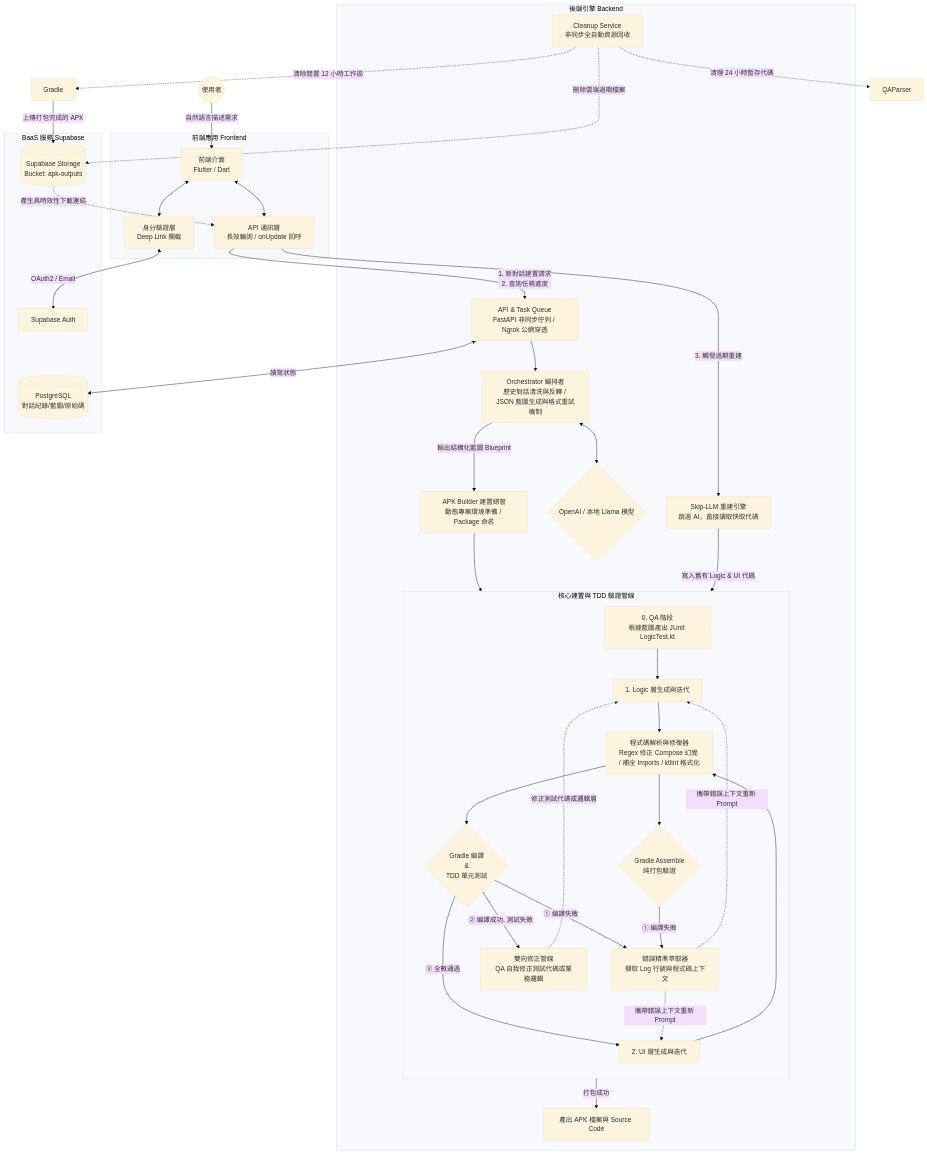
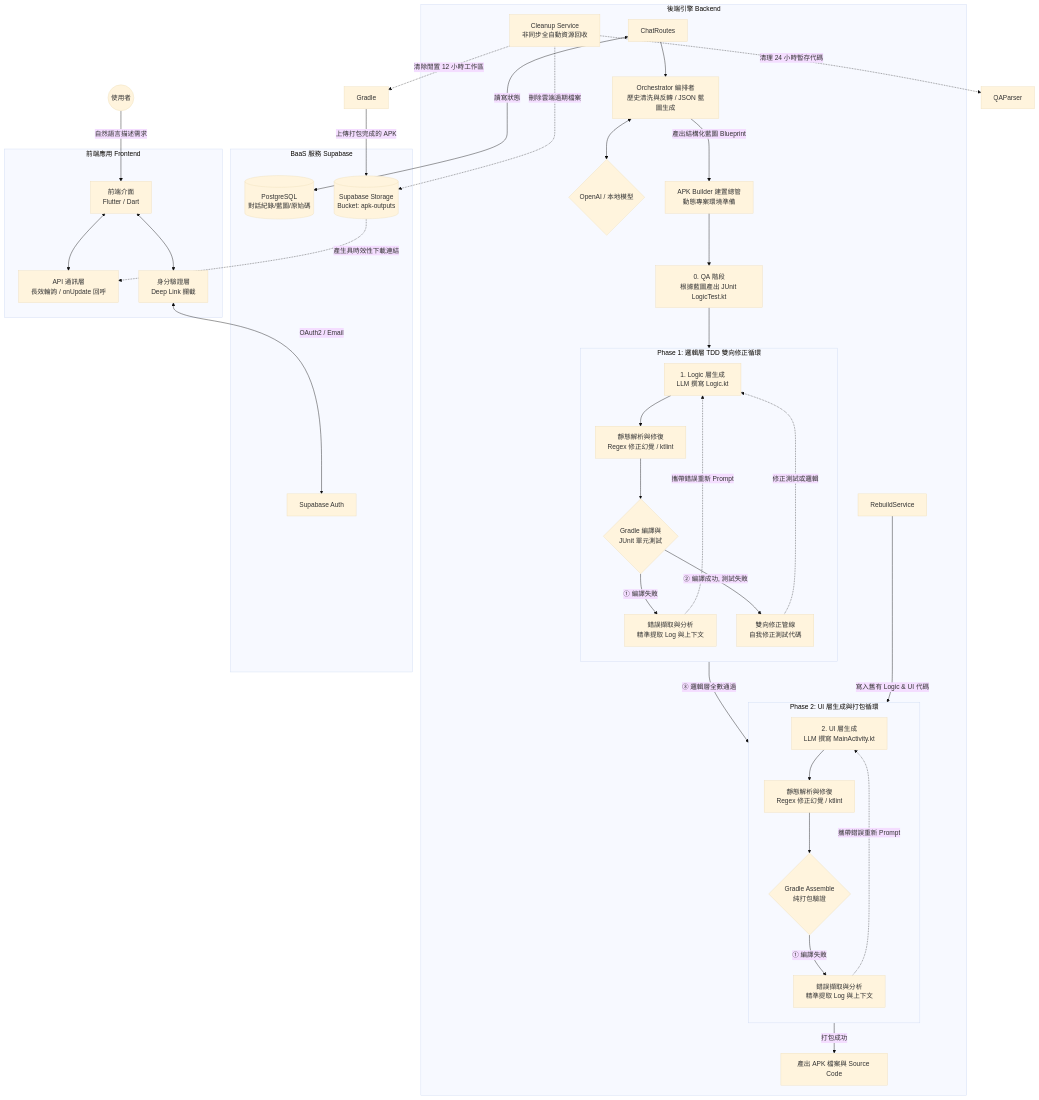
Before and after one commit to defineint/APK-Builder-Demo: the diagram in Architecture.md, drawn with Mermaid (base theme).

```diff
--- a/Architecture.md
+++ b/Architecture.md
@@ -15,52 +15,49 @@
         FlutterUI <--> Auth_Layer
     end
 
-	%% === 後端 API 與任務路由 ===
-    API_Layer -->|1. 新對話建置請求<br>2. 查詢任務進度| ChatRoutes[API & Task Queue<br>FastAPI 非同步佇列 / Ngrok 公網穿透]
-    API_Layer -->|3. 觸發過期重建| RebuildService[Skip-LLM 重建引擎<br>跳過 AI，直接讀取快取代碼]
-
-    %% === 後端核心系統 ===
+	%% === 後端核心系統 ===
     subgraph Backend [後端引擎 Backend]
         
-        %% 編排層
-        ChatRoutes --> Orchestrator[Orchestrator 編排者<br>歷史對話清洗與反轉 / JSON 藍圖生成與格式重試機制]
-        Orchestrator <--> LLM{OpenAI / 本地 Llama 模型}
+        ChatRoutes --> Orchestrator[Orchestrator 編排者<br>歷史清洗與反轉 / JSON 藍圖生成]
+        Orchestrator <--> LLM_Orch{OpenAI / 本地模型}
         
-        Orchestrator -->|輸出結構化藍圖 Blueprint| APKBuilder[APK Builder 建置總管<br>動態專案環境準備 / Package 命名]
+        Orchestrator -->|產出結構化藍圖 Blueprint| APKBuilder[APK Builder 建置總管<br>動態專案環境準備]
 
-        %% 核心建置與 TDD 驗證管線
-        subgraph BuilderPipeline [核心建置與 TDD 驗證管線 ]
+        %% QA 測試生成階段
+        APKBuilder --> Step0_QA[0. QA 階段<br>根據藍圖產出 JUnit LogicTest.kt]
+        
+        %% === Phase 1: 邏輯層 ===
+        subgraph Phase1 [Phase 1: 邏輯層 TDD 雙向修正循環]
             direction TB
+            Logic_LLM[1. Logic 層生成<br>LLM 撰寫 Logic.kt]
+            Logic_Parser[靜態解析與修復<br>Regex 修正幻覺 / ktlint]
+            Logic_Test{Gradle 編譯與<br>JUnit 單元測試}
+            Logic_ErrorExt[錯誤擷取與分析<br>精準提取 Log 與上下文]
+            Logic_FixTest[雙向修正管線<br>自我修正測試代碼]
             
-            Step0_QA[0. QA 階段<br>根據藍圖產出 JUnit LogicTest.kt]
-            
-            Step1_Logic[1. Logic 層生成與迭代]
-            Step1_Parser[程式碼解析與修復器<br>Regex 修正 Compose 幻覺 / 補全 Imports / ktlint 格式化]
-            Step1_Test{Gradle 編譯<br>&<br>TDD 單元測試}
-            
-            Step1_ErrorExt[錯誤精準萃取器<br>擷取 Log 行號與程式碼上下文]
-            Step1_FixTest[雙向修正管線<br>QA 自我修正測試代碼或業務邏輯]
-            
-            Step2_UI[2. UI 層生成與迭代]
-            Step2_Build{Gradle Assemble<br>純打包驗證}
-            
-            %% 邏輯層循環
-            Step0_QA --> Step1_Logic
-            Step1_Logic --> Step1_Parser --> Step1_Test
-            
-            Step1_Test --"① 編譯失敗"--> Step1_ErrorExt -.->|攜帶錯誤上下文重新 Prompt| Step1_Logic
-            Step1_Test --"② 編譯成功, 測試失敗"--> Step1_FixTest -.->|修正測試代碼或邏輯層| Step1_Logic
-            
-            %% UI 層循環
-            Step1_Test --"③ 全數通過"--> Step2_UI
-            Step2_UI --> Step1_Parser --> Step2_Build
-            Step2_Build --"① 編譯失敗"--> Step1_ErrorExt -.->|攜帶錯誤上下文重新 Prompt| Step2_UI
+            Logic_LLM --> Logic_Parser --> Logic_Test
+            Logic_Test --"① 編譯失敗"--> Logic_ErrorExt -.->|攜帶錯誤重新 Prompt| Logic_LLM
+            Logic_Test --"② 編譯成功, 測試失敗"--> Logic_FixTest -.->|修正測試或邏輯| Logic_LLM
         end
         
-        APKBuilder --> Step0_QA
-        RebuildService -->|寫入舊有 Logic & UI 代碼| Step2_Build
+        Step0_QA --> Logic_LLM
+
+        %% === Phase 2: UI 層 ===
+        subgraph Phase2 [Phase 2: UI 層生成與打包循環]
+            direction TB
+            UI_LLM[2. UI 層生成<br>LLM 撰寫 MainActivity.kt]
+            UI_Parser[靜態解析與修復<br>Regex 修正幻覺 / ktlint]
+            UI_Build{Gradle Assemble<br>純打包驗證}
+            UI_ErrorExt[錯誤擷取與分析<br>精準提取 Log 與上下文]
+            
+            UI_LLM --> UI_Parser --> UI_Build
+            UI_Build --"① 編譯失敗"--> UI_ErrorExt -.->|攜帶錯誤重新 Prompt| UI_LLM
+        end
         
-        Step2_Build --"打包成功"--> APK_Output[產出 APK 檔案與 Source Code]
+        Logic_Test --"③ 邏輯層全數通過"--> UI_LLM
+        RebuildService -->|寫入舊有 Logic & UI 代碼| UI_Build
+        
+        UI_Build --"打包成功"--> APK_Output[產出 APK 檔案與 Source Code]
         
         GC[Cleanup Service<br>非同步全自動資源回收]
     end
```
